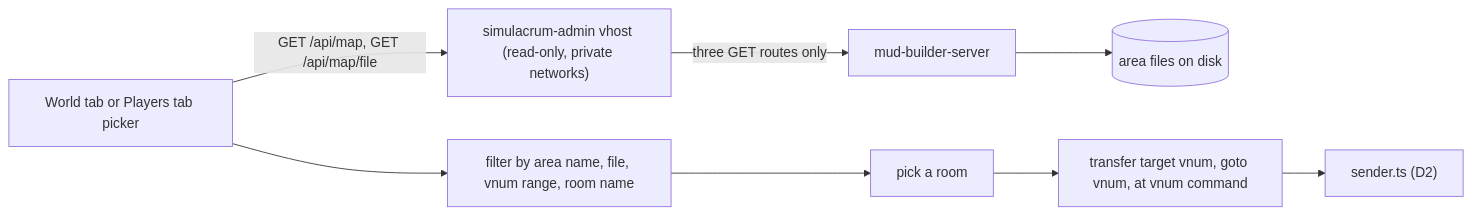
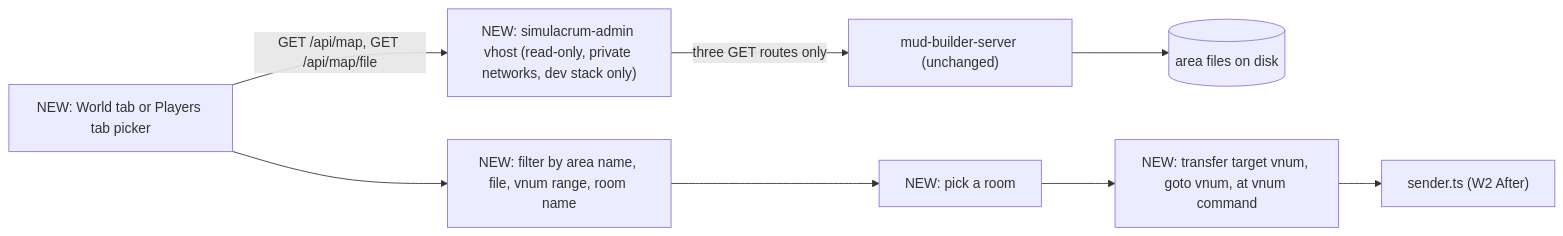
The sixth of 10 diagrams in .ai-plans/active/2026-11-07_simulacrum-admin-panel/tech-plan.md (TournyMasterBot/Shattered-Archive), drawn with Mermaid before and after one commit. The commit also changed other lines of this file and 232 other files, not shown here.

````diff
--- a/.ai-plans/active/2026-11-07_simulacrum-admin-panel/tech-plan.md
+++ b/.ai-plans/active/2026-11-07_simulacrum-admin-panel/tech-plan.md
@@ -92,10 +131,10 @@
 ```mermaid
 flowchart LR
-  UI["World tab or Players tab picker"] -->|"GET /api/map, GET /api/map/file"| VH["simulacrum-admin vhost (read-only, private networks)"]
-  VH -->|"three GET routes only"| MB["mud-builder-server"]
+  UI["NEW: World tab or Players tab picker"] -->|"GET /api/map, GET /api/map/file"| VH["NEW: simulacrum-admin vhost (read-only, private networks, dev stack only)"]
+  VH -->|"three GET routes only"| MB["mud-builder-server (unchanged)"]
   MB --> AREAS[("area files on disk")]
-  UI --> FILTER["filter by area name, file, vnum range, room name"]
-  FILTER --> PICK["pick a room"]
-  PICK --> CMD["transfer target vnum, goto vnum, at vnum command"]
-  CMD --> SEND["sender.ts (D2)"]
+  UI --> FILTER["NEW: filter by area name, file, vnum range, room name"]
+  FILTER --> PICK["NEW: pick a room"]
+  PICK --> CMD["NEW: transfer target vnum, goto vnum, at vnum command"]
+  CMD --> SEND["sender.ts (W2 After)"]
 ```
````
